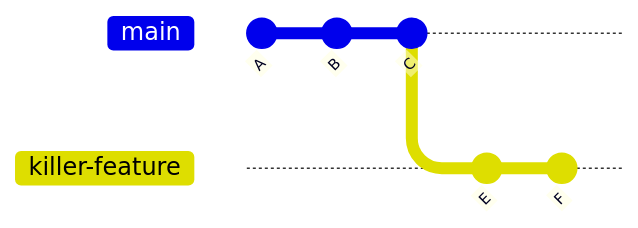
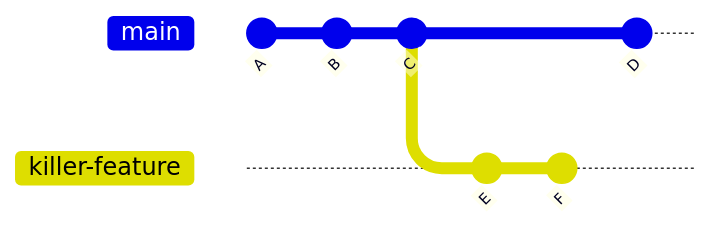
Before and after one commit to pmary/pmary.github.io: the first of 4 diagrams in _posts/en/2023-05-26-git-rebase-vs-merge-benefits-usage-and-dangers.markdown, drawn with Mermaid. The commit also changed 1 other file, not shown here.

```diff
--- a/_posts/en/2023-05-26-git-rebase-vs-merge-benefits-usage-and-dangers.markdown
+++ b/_posts/en/2023-05-26-git-rebase-vs-merge-benefits-usage-and-dangers.markdown
@@ -15,9 +15,11 @@
 <div class="mermaid">
 gitGraph
        commit id:"A"
        commit id:"B"
        commit id:"C"
        branch killer-feature order: 1
        commit id:"E"
        commit id:"F"
+       checkout main
+       commit id:"D"
 </div>
```
